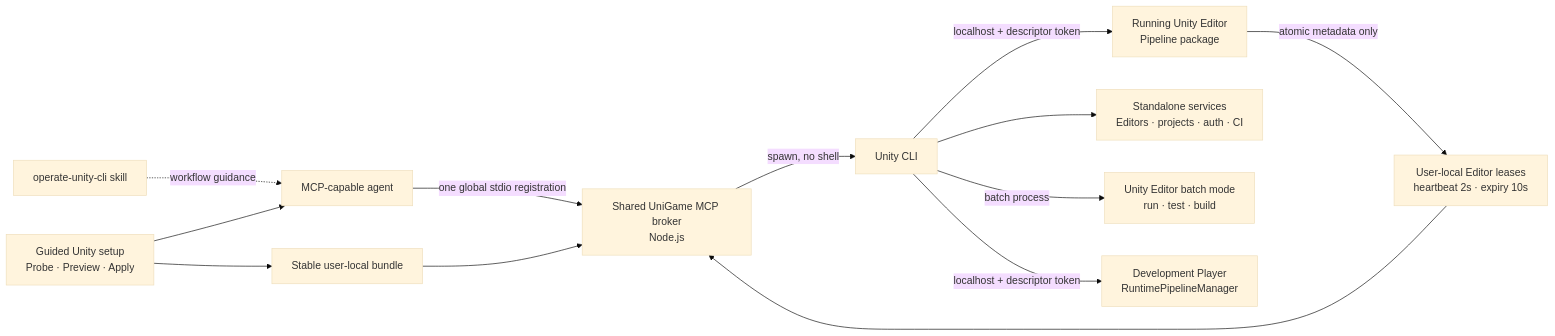
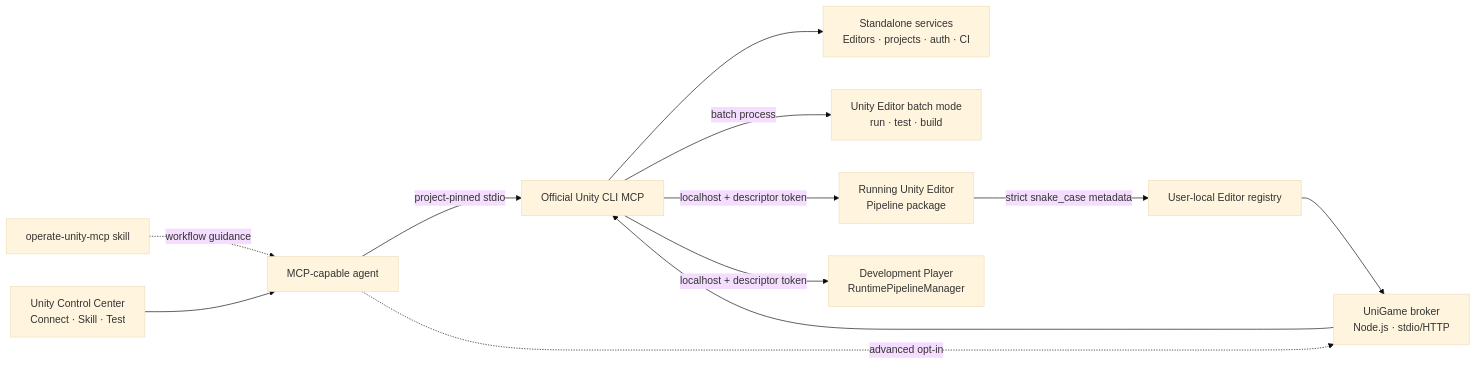
The diagram in README.md (UnioGame/unigame.unitycli.mcp), drawn with Mermaid (base theme) before and after one commit. The commit also changed other lines of this file and 49 other files, not shown here.

````diff
--- a/README.md
+++ b/README.md
@@ -175,15 +139,14 @@
 ```mermaid
 flowchart LR
-    Agent["MCP-capable agent"] -->|one global stdio registration| Server["Shared UniGame MCP broker<br/>Node.js"]
-    Skill["operate-unity-cli skill"] -. workflow guidance .-> Agent
-    Registry["User-local Editor leases<br/>heartbeat 2s · expiry 10s"] --> Server
-    Editor -->|atomic metadata only| Registry
-    Server -->|spawn, no shell| CLI["Unity CLI"]
+    Agent["MCP-capable agent"] -->|project-pinned stdio| CLI["Official Unity CLI MCP"]
+    Skill["operate-unity-mcp skill"] -. workflow guidance .-> Agent
     CLI --> Standalone["Standalone services<br/>Editors · projects · auth · CI"]
     CLI -->|batch process| Batch["Unity Editor batch mode<br/>run · test · build"]
     CLI -->|localhost + descriptor token| Editor["Running Unity Editor<br/>Pipeline package"]
     CLI -->|localhost + descriptor token| Player["Development Player<br/>RuntimePipelineManager"]
-    Setup["Guided Unity setup<br/>Probe · Preview · Apply"] --> Agent
-    Setup --> Install["Stable user-local bundle"]
-    Install --> Server
+    Setup["Unity Control Center<br/>Connect · Skill · Test"] --> Agent
+    Agent -. advanced opt-in .-> Broker["UniGame broker<br/>Node.js · stdio/HTTP"]
+    Registry["User-local Editor registry"] --> Broker
+    Editor -->|strict snake_case metadata| Registry
+    Broker --> CLI
 ```
````
